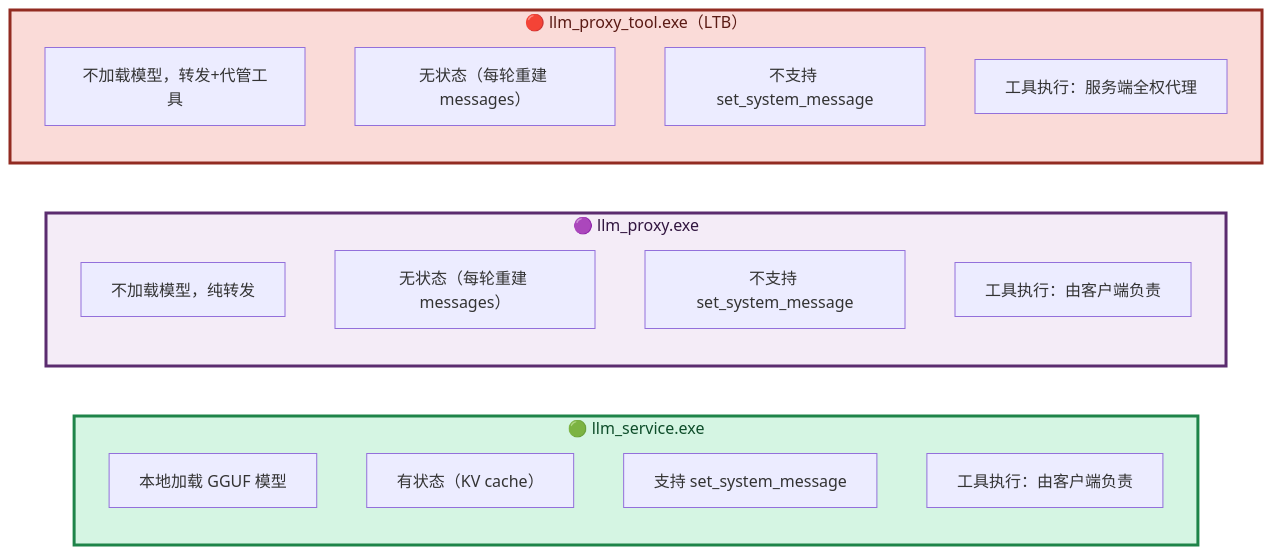
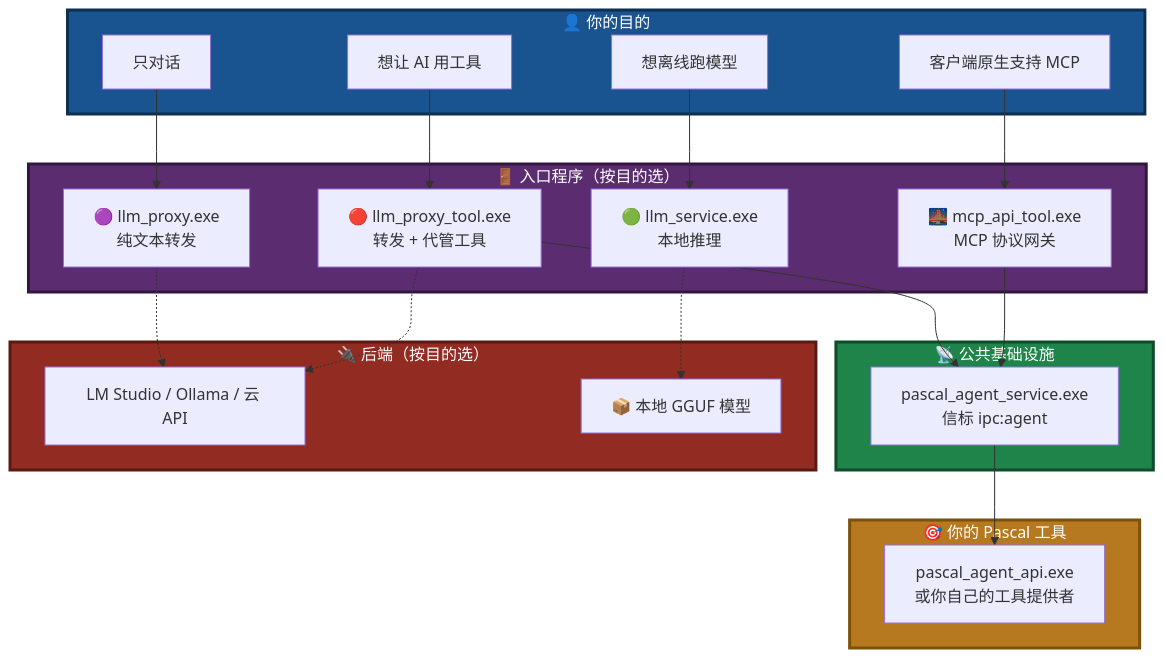
One commit to PassByYou888/LingoFuse-pasAgent changed the fifth of 9 diagrams in readme.md. Above: the diagram before and after it, drawn with Mermaid. The commit also changed other lines of this file, not shown here.

````diff
--- a/readme.md
+++ b/readme.md
@@ -159,30 +119,48 @@
 ```mermaid
-flowchart LR
-    subgraph S1["🟢 llm_service.exe"]
-        direction TB
-        S1a["本地加载 GGUF 模型"]
-        S1b["有状态（KV cache）"]
-        S1c["支持 set_system_message"]
-        S1d["工具执行：由客户端负责"]
+flowchart TB
+    subgraph Users["👤 你的目的"]
+        U1["只对话"]
+        U2["想让 AI 用工具"]
+        U3["想离线跑模型"]
+        U4["客户端原生支持 MCP"]
     end
 
-    subgraph S2["🟣 llm_proxy.exe"]
-        direction TB
-        S2a["不加载模型，纯转发"]
-        S2b["无状态（每轮重建 messages）"]
-        S2c["不支持 set_system_message"]
-        S2d["工具执行：由客户端负责"]
+    subgraph Entrances["🚪 入口程序（按目的选）"]
+        E1["🟣 llm_proxy.exe<br/>纯文本转发"]
+        E2["🔴 llm_proxy_tool.exe<br/>转发 + 代管工具"]
+        E3["🟢 llm_service.exe<br/>本地推理"]
+        E4["🌉 mcp_api_tool.exe<br/>MCP 协议网关"]
     end
 
-    subgraph S3["🔴 llm_proxy_tool.exe（LTB）"]
-        direction TB
-        S3a["不加载模型，转发+代管工具"]
-        S3b["无状态（每轮重建 messages）"]
-        S3c["不支持 set_system_message"]
-        S3d["工具执行：服务端全权代理"]
+    subgraph Beacon["📡 公共基础设施"]
+        B["pascal_agent_service.exe<br/>信标 ipc:agent"]
     end
 
-    style S1 fill:#D5F5E3,stroke:#1E8449,stroke-width:3px,color:#0E4D2A
-    style S2 fill:#F4ECF7,stroke:#5B2C6F,stroke-width:3px,color:#321640
-    style S3 fill:#FADBD8,stroke:#922B21,stroke-width:3px,color:#5A1A14
+    subgraph Tools["🎯 你的 Pascal 工具"]
+        T["pascal_agent_api.exe<br/>或你自己的工具提供者"]
+    end
+
+    subgraph Backends["🔌 后端（按目的选）"]
+        R1["LM Studio / Ollama / 云 API"]
+        R2["📦 本地 GGUF 模型"]
+    end
+
+    U1 --> E1
+    U2 --> E2
+    U3 --> E3
+    U4 --> E4
+
+    E1 -.-> R1
+    E2 --> B
+    E2 -.-> R1
+    E3 -.-> R2
+    E4 --> B
+
+    B --> T
+
+    style Users fill:#1A5490,stroke:#0D2F52,stroke-width:3px,color:#FFFFFF
+    style Entrances fill:#5B2C6F,stroke:#321640,stroke-width:3px,color:#FFFFFF
+    style Beacon fill:#1E8449,stroke:#0E4D2A,stroke-width:3px,color:#FFFFFF
+    style Tools fill:#B7791F,stroke:#7E5109,stroke-width:3px,color:#FFFFFF
+    style Backends fill:#922B21,stroke:#5A1A14,stroke-width:3px,color:#FFFFFF
 ```
````
